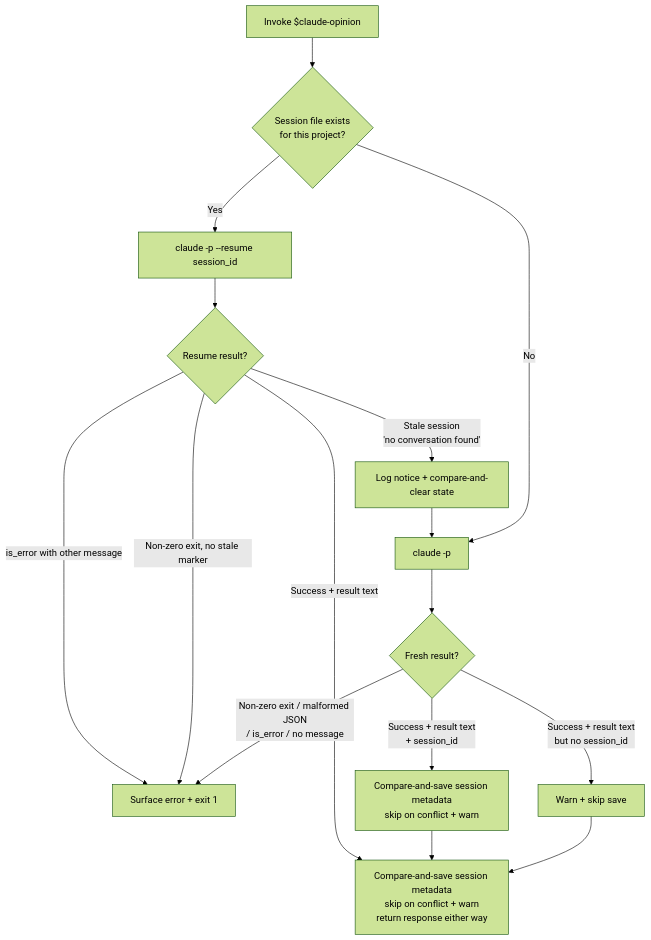
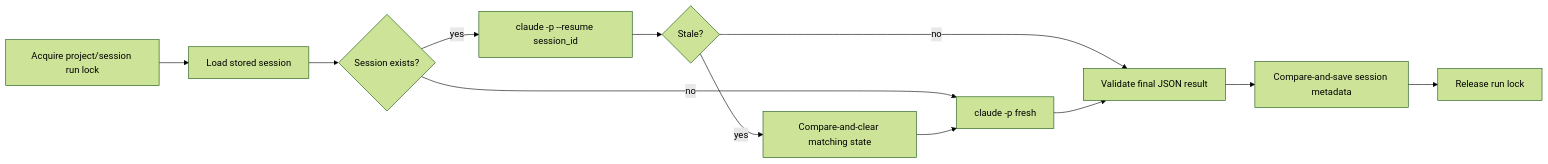
The first of 2 diagrams in DESIGN.md (ehzawad/claude-opinion), drawn with Mermaid (forest theme) before and after one commit. The commit also changed other lines of this file and 6 other files, not shown here.

First line of the commit message:
Remove wrapper limits and stabilize project session resume

````diff
--- a/DESIGN.md
+++ b/DESIGN.md
@@ -27,18 +57,14 @@
 ```mermaid
-flowchart TD
-    A[Invoke $claude-opinion] --> B{Session file exists<br/>for this project?}
-    B -- Yes --> C[claude -p --resume session_id]
-    C --> D{Resume result?}
-    D -- Success + result text --> E[Compare-and-save session metadata<br/>skip on conflict + warn<br/>return response either way]
-    D -- Stale session<br/>'no conversation found' --> F[Log notice + compare-and-clear state]
-    D -- is_error with other message --> X["Surface error + exit 1"]
-    D -- Non-zero exit, no stale marker --> X
-    F --> G[claude -p]
-    B -- No --> G
-    G --> H{Fresh result?}
-    H -- Success + result text<br/>+ session_id --> I[Compare-and-save session metadata<br/>skip on conflict + warn]
-    H -- Success + result text<br/>but no session_id --> J[Warn + skip save]
-    H -- Non-zero exit / malformed JSON<br/>/ is_error / no message --> X
-    I --> E
-    J --> E
+flowchart LR
+    A[Acquire project/session run lock] --> B[Load stored session]
+    B --> C{Session exists?}
+    C -- yes --> D[claude -p --resume session_id]
+    C -- no --> E[claude -p fresh]
+    D --> F{Stale?}
+    F -- yes --> G[Compare-and-clear matching state]
+    G --> E
+    F -- no --> H[Validate final JSON result]
+    E --> H
+    H --> I[Compare-and-save session metadata]
+    I --> J[Release run lock]
 ```
````
